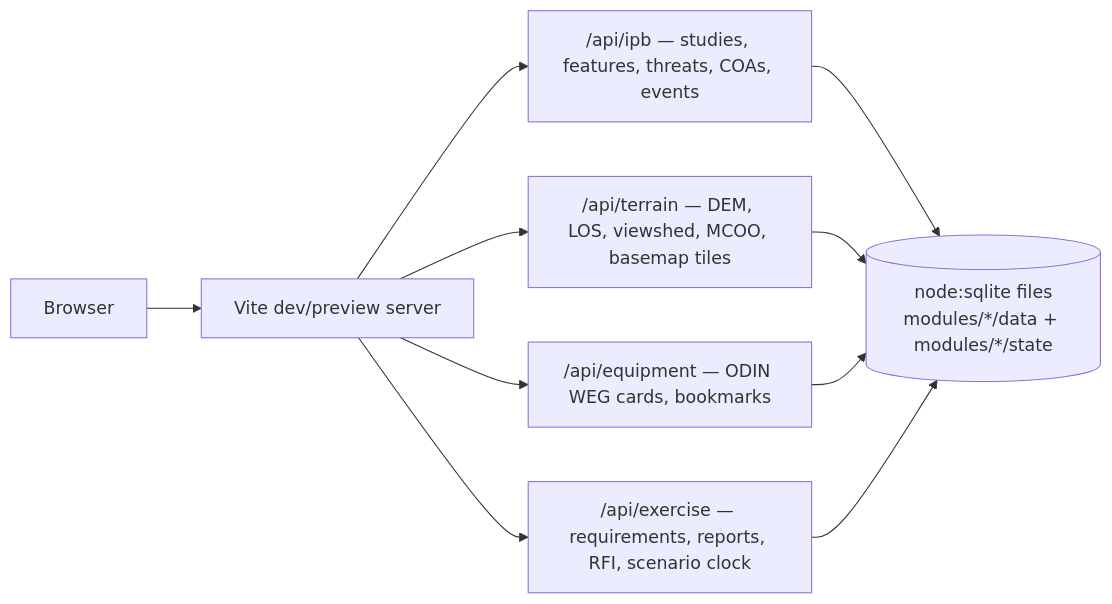
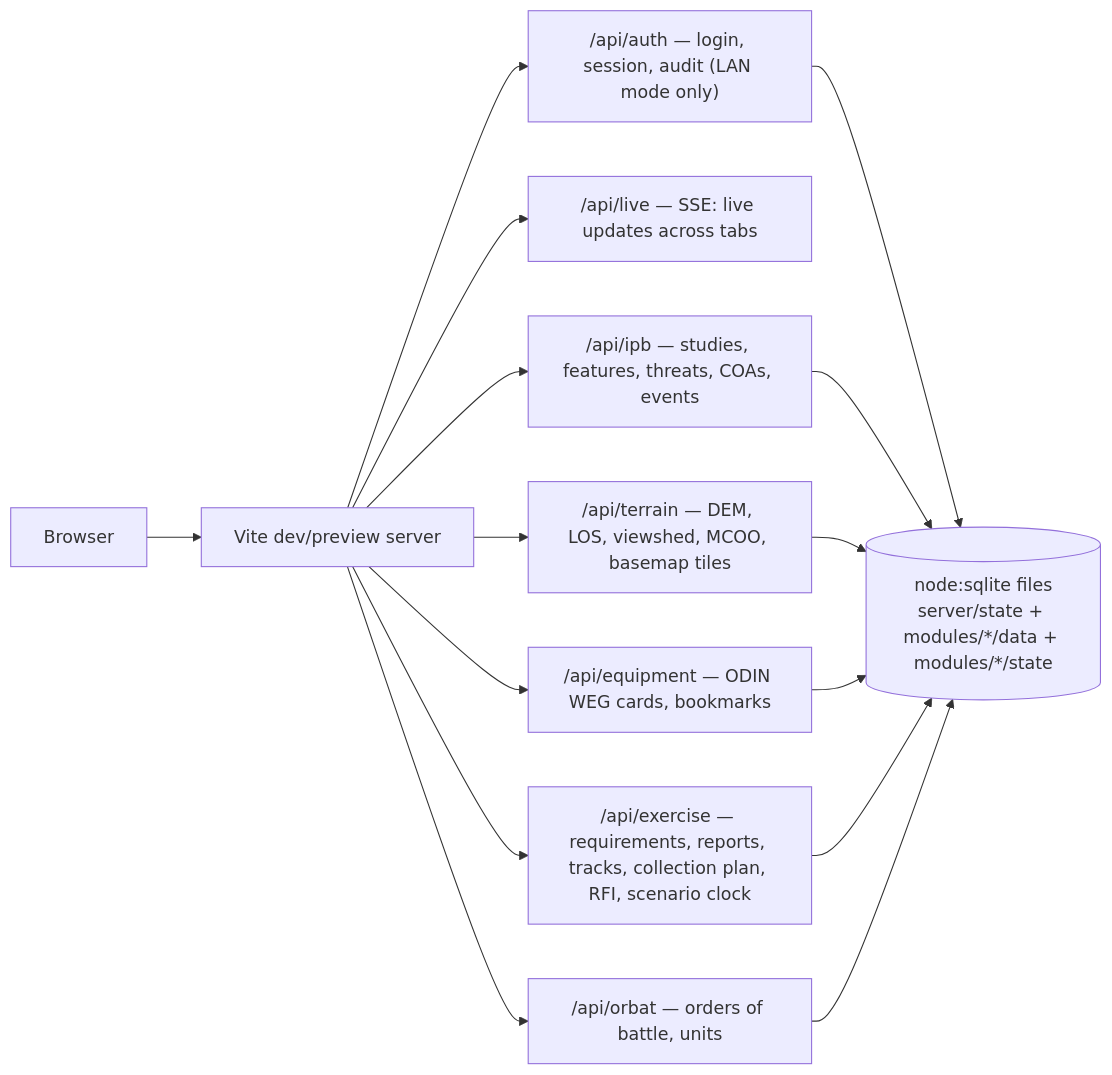
Before and after one commit to iamanro/ipb2: the diagram in README.md, drawn with Mermaid. The commit also changed other lines of this file and 3 other files, not shown here.

````diff
--- a/README.md
+++ b/README.md
@@ -14,9 +19,12 @@
 ```mermaid
 graph LR
   A[Browser] --> B[Vite dev/preview server]
+  B --> Z["/api/auth — login, session, audit (LAN mode only)"]
+  B --> Y["/api/live — SSE: live updates across tabs"]
   B --> C["/api/ipb — studies, features, threats, COAs, events"]
   B --> D["/api/terrain — DEM, LOS, viewshed, MCOO, basemap tiles"]
   B --> E["/api/equipment — ODIN WEG cards, bookmarks"]
-  B --> G["/api/exercise — requirements, reports, RFI, scenario clock"]
-  C & D & E & G --> F[(node:sqlite files<br/>modules/*/data + modules/*/state)]
+  B --> G["/api/exercise — requirements, reports, tracks, collection plan, RFI, scenario clock"]
+  B --> H["/api/orbat — orders of battle, units"]
+  Z & C & D & E & G & H --> F[(node:sqlite files<br/>server/state + modules/*/data + modules/*/state)]
 ```
````
